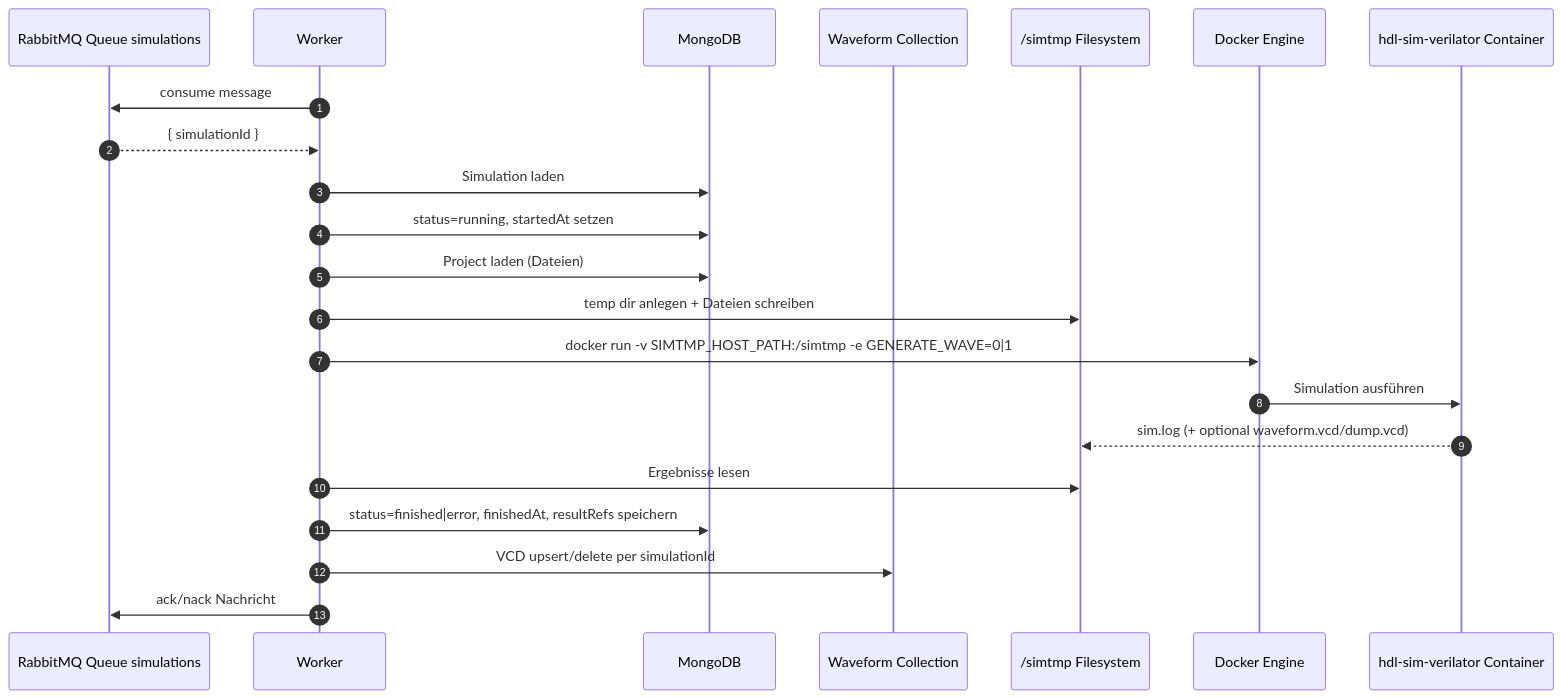
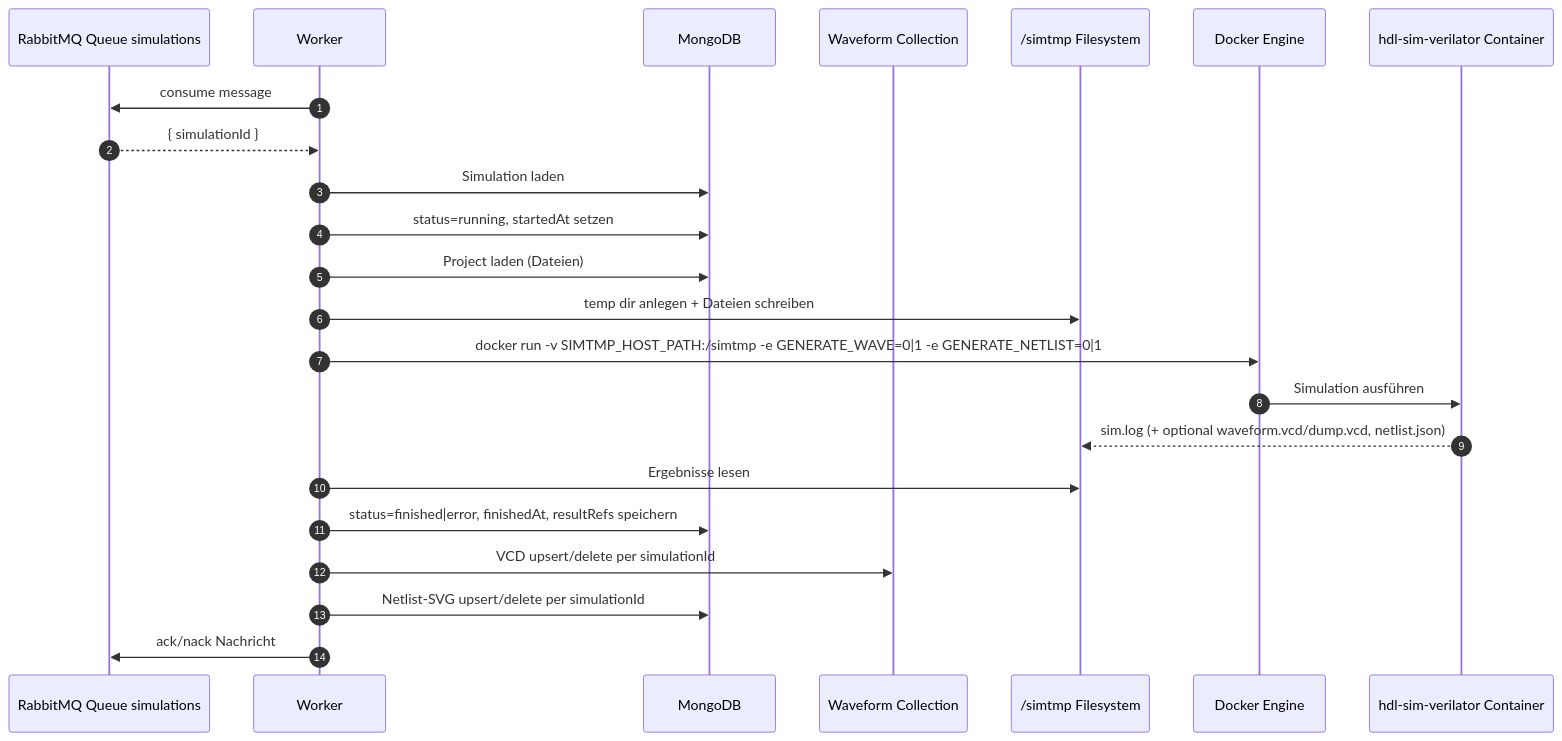
The first of 2 diagrams in apps/worker/README.md (TrainWayne97/HDLab), drawn with Mermaid before and after one commit. The commit also changed other lines of this file and 7 other files, not shown here.

````diff
--- a/apps/worker/README.md
+++ b/apps/worker/README.md
@@ -39,28 +41,29 @@
 ```mermaid
 sequenceDiagram
 	 autonumber
 	 participant MQ as RabbitMQ Queue simulations
 	 participant W as Worker
 	 participant DB as MongoDB
 	 participant WF as Waveform Collection
 	 participant FS as /simtmp Filesystem
 	 participant D as Docker Engine
 	 participant VC as hdl-sim-verilator Container
 
 	 W->>MQ: consume message
 	 MQ-->>W: { simulationId }
 
 	 W->>DB: Simulation laden
 	 W->>DB: status=running, startedAt setzen
 	 W->>DB: Project laden (Dateien)
 
 	 W->>FS: temp dir anlegen + Dateien schreiben
-	 W->>D: docker run -v SIMTMP_HOST_PATH:/simtmp -e GENERATE_WAVE=0|1
+	 W->>D: docker run -v SIMTMP_HOST_PATH:/simtmp -e GENERATE_WAVE=0|1 -e GENERATE_NETLIST=0|1
 	 D->>VC: Simulation ausführen
-	 VC-->>FS: sim.log (+ optional waveform.vcd/dump.vcd)
+	 VC-->>FS: sim.log (+ optional waveform.vcd/dump.vcd, netlist.json)
 
 	 W->>FS: Ergebnisse lesen
 	 W->>DB: status=finished|error, finishedAt, resultRefs speichern
 	 W->>WF: VCD upsert/delete per simulationId
+	 W->>DB: Netlist-SVG upsert/delete per simulationId
 	 W->>MQ: ack/nack Nachricht
 ```
````
